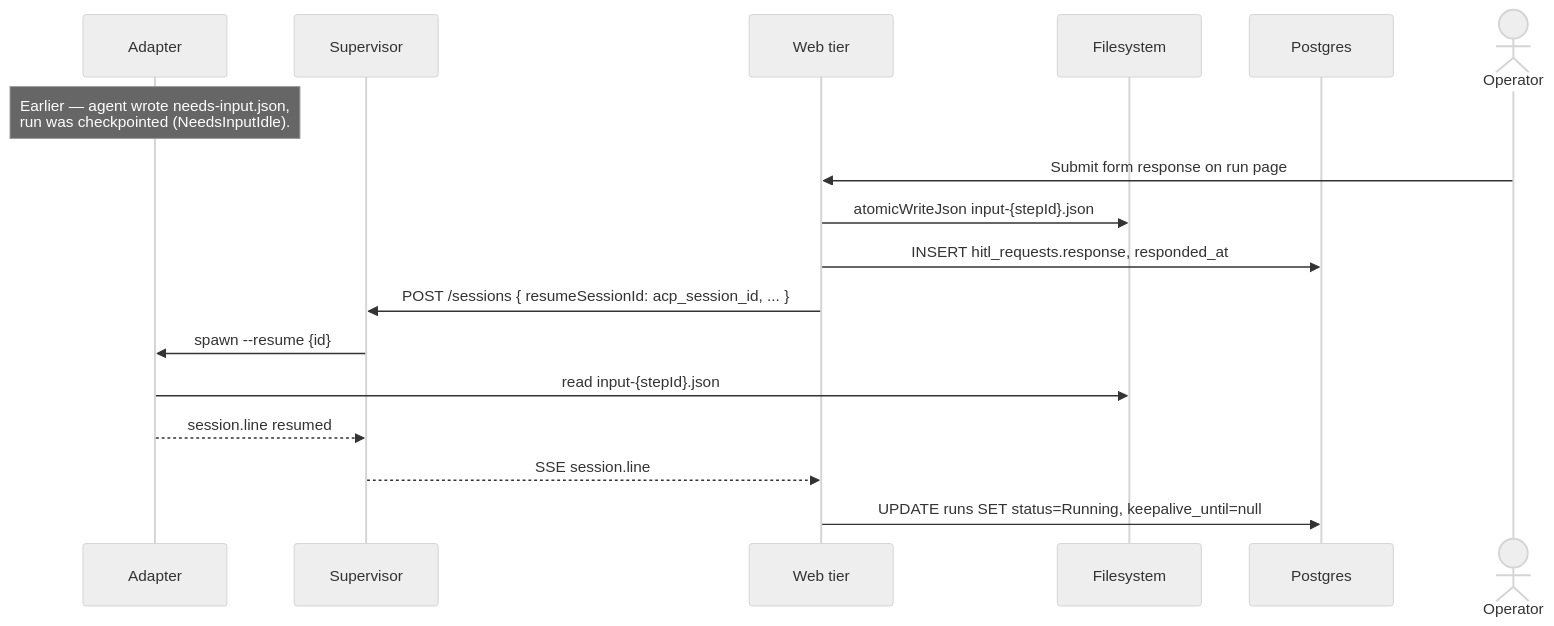
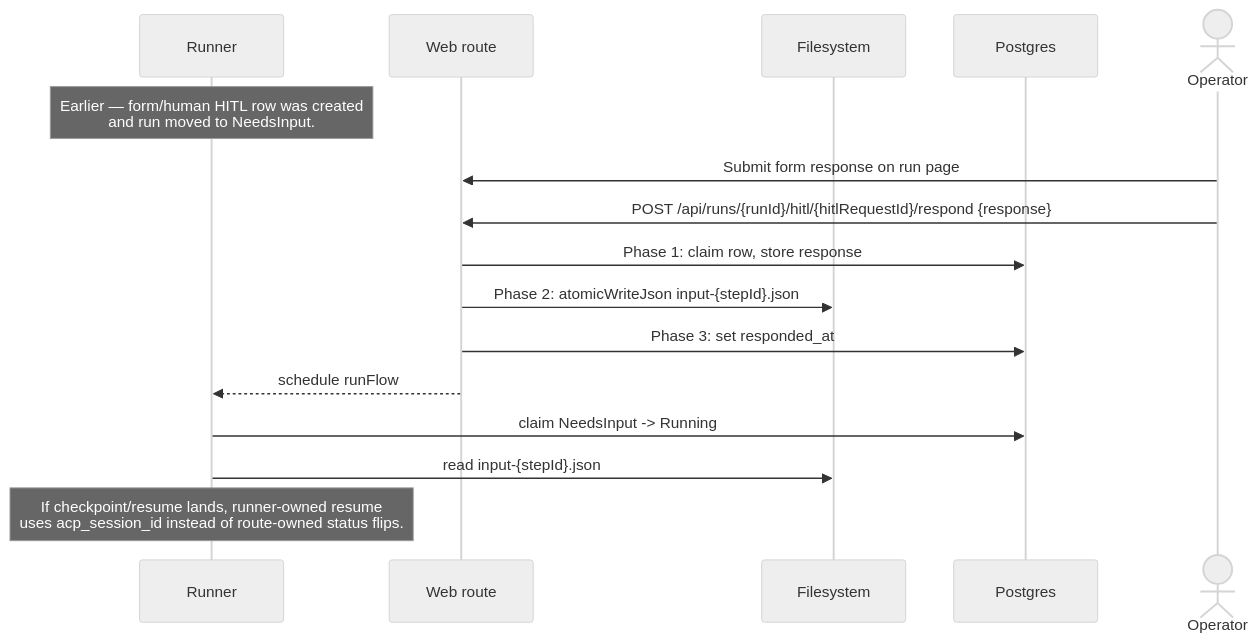
Before and after one commit to maister-dev/maister: the fourth of 6 diagrams in docs/system-analytics/hitl.md, drawn with Mermaid (neutral theme). The commit also changed other lines of this file and 46 other files, not shown here.

````diff
--- a/docs/system-analytics/hitl.md
+++ b/docs/system-analytics/hitl.md
@@ -95,20 +97,19 @@
 ```mermaid
 sequenceDiagram
-    participant A as Adapter
-    participant SV as Supervisor
-    participant W as Web tier
+    participant R as Runner
+    participant W as Web route
     participant FS as Filesystem
     participant DB as Postgres
     actor U as Operator
 
-    Note over A: Earlier — agent wrote needs-input.json,<br/>run was checkpointed (NeedsInputIdle).
+    Note over R: Earlier — form/human HITL row was created<br/>and run moved to NeedsInput.
     U->>W: Submit form response on run page
-    W->>FS: atomicWriteJson input-{stepId}.json
-    W->>DB: INSERT hitl_requests.response, responded_at
-    W->>SV: POST /sessions { resumeSessionId: acp_session_id, ... }
-    SV->>A: spawn --resume {id}
-    A->>FS: read input-{stepId}.json
-    A-->>SV: session.line resumed
-    SV-->>W: SSE session.line
-    W->>DB: UPDATE runs SET status=Running, keepalive_until=null
+    U->>W: POST /api/runs/{runId}/hitl/{hitlRequestId}/respond {response}
+    W->>DB: Phase 1: claim row, store response
+    W->>FS: Phase 2: atomicWriteJson input-{stepId}.json
+    W->>DB: Phase 3: set responded_at
+    W-->>R: schedule runFlow
+    R->>DB: claim NeedsInput -> Running
+    R->>FS: read input-{stepId}.json
+    Note over R: If checkpoint/resume lands, runner-owned resume<br/>uses acp_session_id instead of route-owned status flips.
 ```
````
